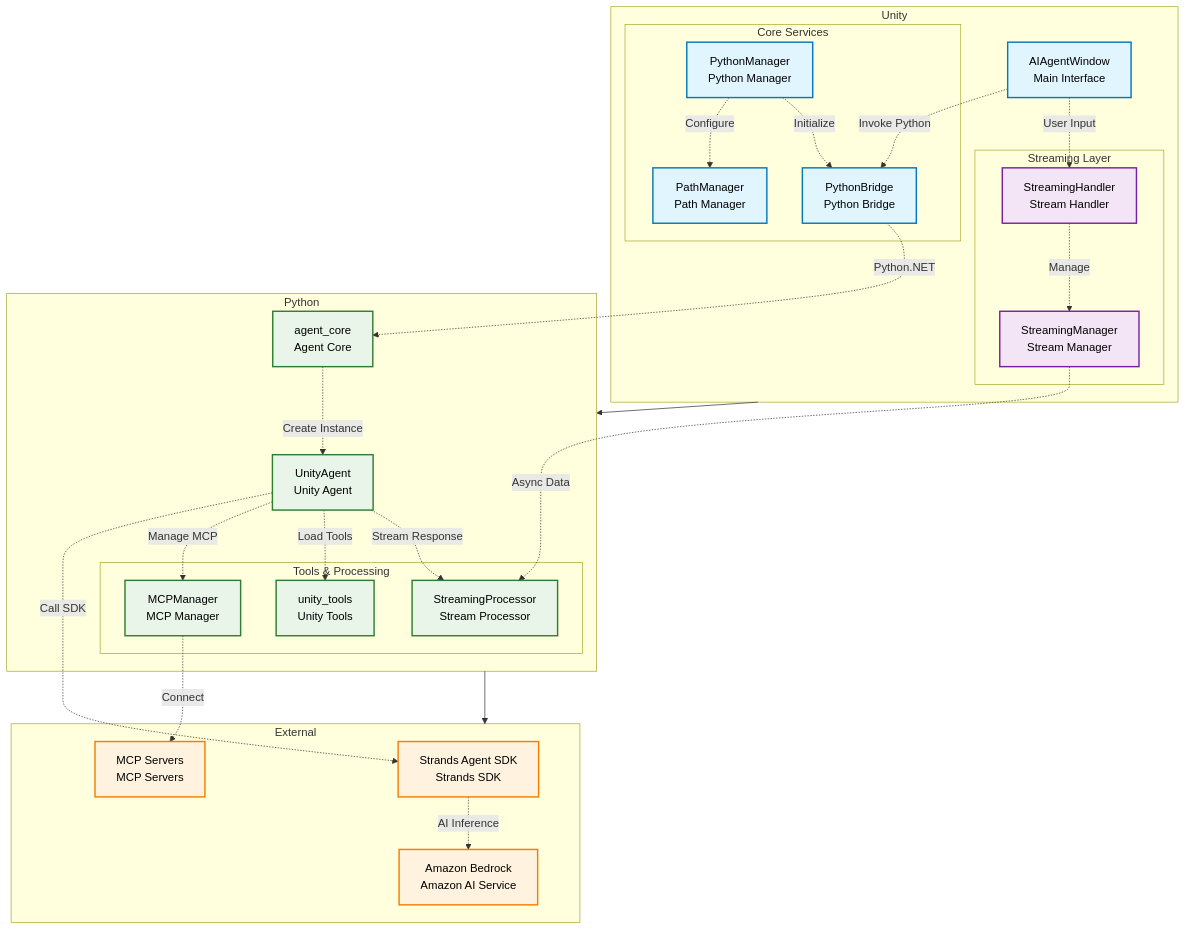
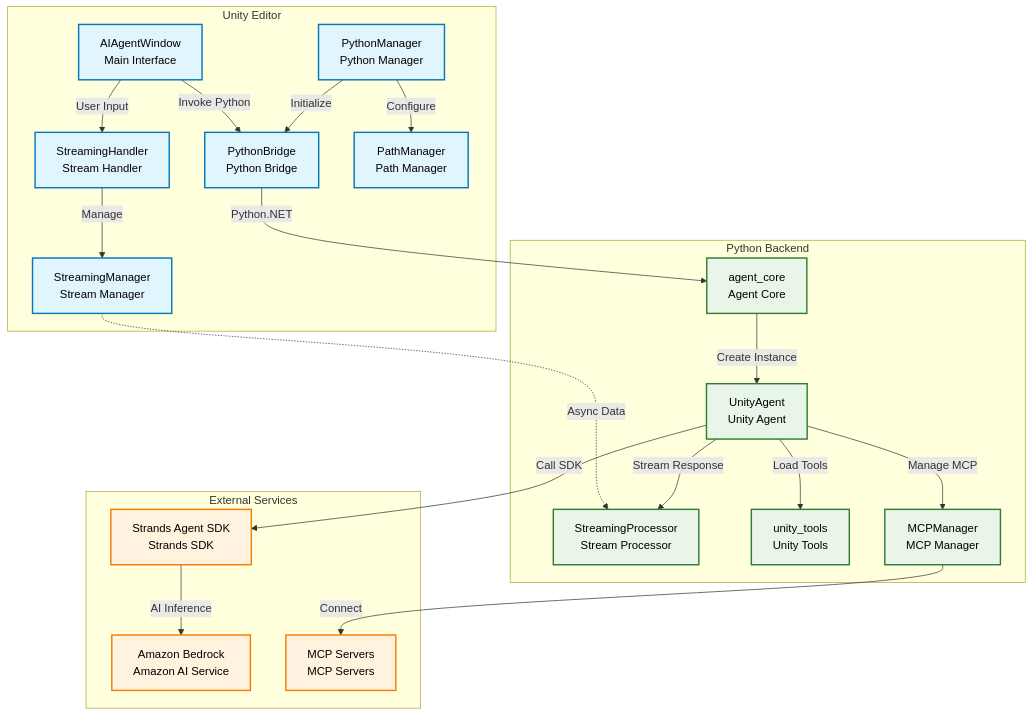
One commit to ddpie/unity-strands-agent changed the second of 2 diagrams in README.md. Above: the diagram before and after it, drawn with Mermaid. The commit also changed other lines of this file, not shown here.

Commit message:
simplify architecture diagram to basic vertical layout
- Use simple 'graph TD' without complex nesting to ensure vertical rendering
- Remove nested subgraphs that were forcing horizontal layout
- Flatten component structure within each main section
- Keep clear Unity Editor -> Python Backend -> External Services flow
- Maintain color coding and component relationships
- Use straightforward mermaid syntax for reliable vertical display

````diff
--- a/README.md
+++ b/README.md
@@ -179,68 +159,48 @@
 ```mermaid
-flowchart TB
-    Unity["Unity Editor"]
-    Python["Python Backend"] 
-    External["External Services"]
-    
-    Unity --> Python
-    Python --> External
-    
-    subgraph Unity
+graph TD
+    subgraph "Unity Editor"
         UI[AIAgentWindow<br/>Main Interface]
-        
-        subgraph Streaming["Streaming Layer"]
-            SH[StreamingHandler<br/>Stream Handler]
-            SM[StreamingManager<br/>Stream Manager]
-        end
-        
-        subgraph Core["Core Services"]
-            PB[PythonBridge<br/>Python Bridge]
-            PM[PythonManager<br/>Python Manager]
-            PATH[PathManager<br/>Path Manager]
-        end
+        SH[StreamingHandler<br/>Stream Handler]
+        SM[StreamingManager<br/>Stream Manager]
+        PB[PythonBridge<br/>Python Bridge]
+        PM[PythonManager<br/>Python Manager]
+        PATH[PathManager<br/>Path Manager]
     end
     
-    subgraph Python
+    subgraph "Python Backend"
         AC[agent_core<br/>Agent Core]
         UA[UnityAgent<br/>Unity Agent]
-        
-        subgraph Tools["Tools & Processing"]
-            SP[StreamingProcessor<br/>Stream Processor]
-            UT[unity_tools<br/>Unity Tools]
-            MM[MCPManager<br/>MCP Manager]
-        end
+        SP[StreamingProcessor<br/>Stream Processor]
+        UT[unity_tools<br/>Unity Tools]
+        MM[MCPManager<br/>MCP Manager]
     end
     
-    subgraph External
+    subgraph "External Services"
         SDK[Strands Agent SDK<br/>Strands SDK]
         AWS[Amazon Bedrock<br/>Amazon AI Service]
         MCP[MCP Servers<br/>MCP Servers]
     end
     
-    %% Data flow
-    UI -.->|User Input| SH
-    UI -.->|Invoke Python| PB
-    SH -.->|Manage| SM
+    UI -->|User Input| SH
+    UI -->|Invoke Python| PB
+    SH -->|Manage| SM
     SM -.->|Async Data| SP
-    PM -.->|Initialize| PB
-    PM -.->|Configure| PATH
-    PB -.->|Python.NET| AC
-    AC -.->|Create Instance| UA
-    UA -.->|Stream Response| SP
-    UA -.->|Load Tools| UT
-    UA -.->|Manage MCP| MM
-    UA -.->|Call SDK| SDK
-    SDK -.->|AI Inference| AWS
-    MM -.->|Connect| MCP
+    PM -->|Initialize| PB
+    PM -->|Configure| PATH
+    PB -->|Python.NET| AC
+    AC -->|Create Instance| UA
+    UA -->|Stream Response| SP
+    UA -->|Load Tools| UT
+    UA -->|Manage MCP| MM
+    UA -->|Call SDK| SDK
+    SDK -->|AI Inference| AWS
+    MM -->|Connect| MCP
     
-    %% Style definitions
     classDef unityStyle fill:#e1f5fe,stroke:#0277bd,stroke-width:2px,color:#000
     classDef pythonStyle fill:#e8f5e8,stroke:#2e7d32,stroke-width:2px,color:#000
     classDef externalStyle fill:#fff3e0,stroke:#f57c00,stroke-width:2px,color:#000
-    classDef streamStyle fill:#f3e5f5,stroke:#7b1fa2,stroke-width:2px,color:#000
     
-    class UI,PB,PM,PATH unityStyle
-    class SH,SM streamStyle
+    class UI,SH,SM,PB,PM,PATH unityStyle
     class AC,UA,SP,UT,MM pythonStyle
     class SDK,AWS,MCP externalStyle
 ```
````
